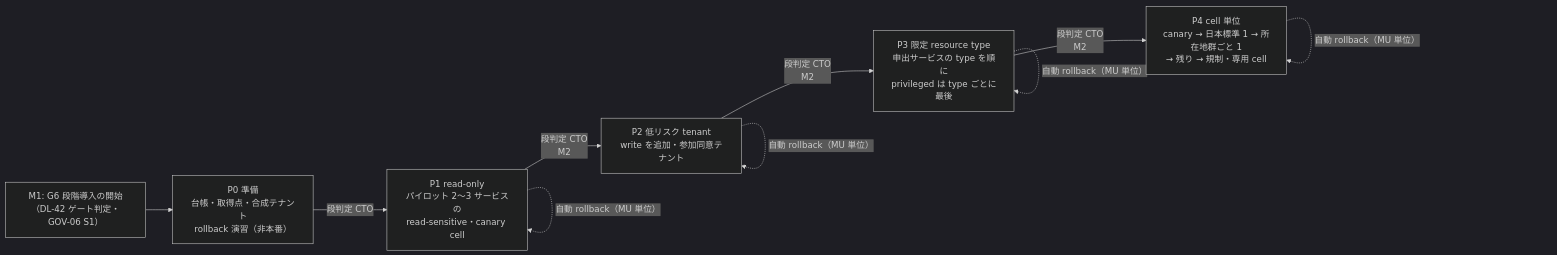
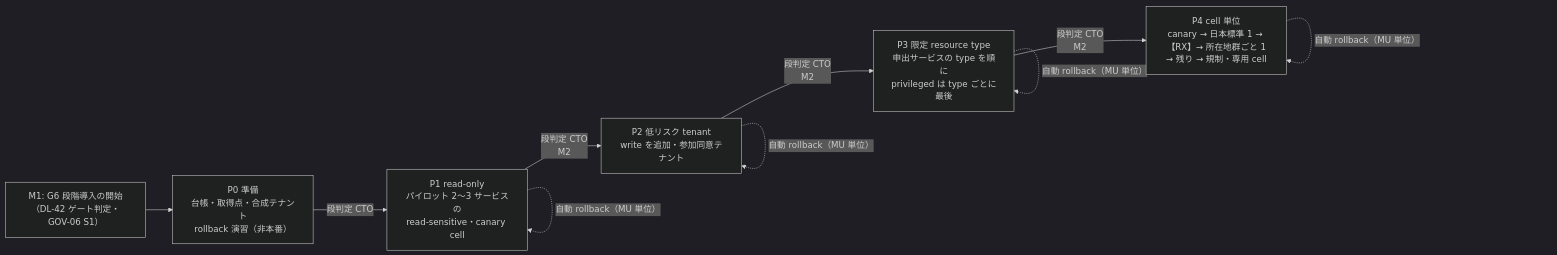
One commit to Takenori-Kusaka/auth-stack changed the first of 3 diagrams in 08_operations/phased-rollout.md. Above: the diagram before and after it, drawn with Mermaid (dark theme). The commit also changed other lines of this file and 68 other files, not shown here.

````diff
--- a/08_operations/phased-rollout.md
+++ b/08_operations/phased-rollout.md
@@ -47,13 +48,13 @@
 ```mermaid
 flowchart LR
   G6["M1: G6 段階導入の開始<br/>（DL-42 ゲート判定・GOV-06 S1）"] --> P0
   P0["P0 準備<br/>台帳・取得点・合成テナント<br/>rollback 演習（非本番）"] -->|段判定 CTO| P1
   P1["P1 read-only<br/>パイロット 2〜3 サービスの<br/>read-sensitive・canary cell"] -->|段判定 CTO<br/>M2| P2
   P2["P2 低リスク tenant<br/>write を追加・参加同意テナント"] -->|段判定 CTO<br/>M2| P3
   P3["P3 限定 resource type<br/>申出サービスの type を順に<br/>privileged は type ごとに最後"] -->|段判定 CTO<br/>M2| P4
-  P4["P4 cell 単位<br/>canary → 日本標準 1 → 所在地群ごと 1<br/>→ 残り → 規制・専用 cell"]
+  P4["P4 cell 単位<br/>canary → 日本標準 1 → 【RX】→ 所在地群ごと 1<br/>→ 残り → 規制・専用 cell"]
   P1 -. 自動 rollback（MU 単位）.-> P1
   P2 -. 自動 rollback（MU 単位）.-> P2
   P3 -. 自動 rollback（MU 単位）.-> P3
   P4 -. 自動 rollback（MU 単位）.-> P4
 ```
````
